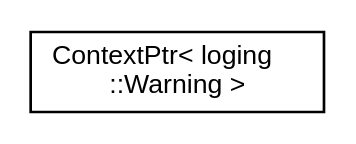
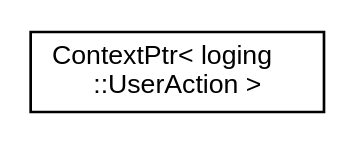
The diagram in document/ドキュメント/inherit_graph_8.dot (aka1ha2n3e/project00), drawn with Graphviz before and after one commit. The commit also changed 380 other files, not shown here.

```diff
--- a/document/ドキュメント/inherit_graph_8.dot
+++ b/document/ドキュメント/inherit_graph_8.dot
@@ -1,8 +1,8 @@
 digraph "Graphical Class Hierarchy"
 {
  // LATEX_PDF_SIZE
   edge [fontname="Helvetica",fontsize="10",labelfontname="Helvetica",labelfontsize="10"];
   node [fontname="Helvetica",fontsize="10",shape=record];
   rankdir="LR";
-  Node0 [label="ContextPtr\< loging\l::Warning \>",height=0.2,width=0.4,color="black", fillcolor="white", style="filled",URL="$classContextPtr.html",tooltip=" "];
+  Node0 [label="ContextPtr\< loging\l::UserAction \>",height=0.2,width=0.4,color="black", fillcolor="white", style="filled",URL="$classContextPtr.html",tooltip=" "];
 }
```
